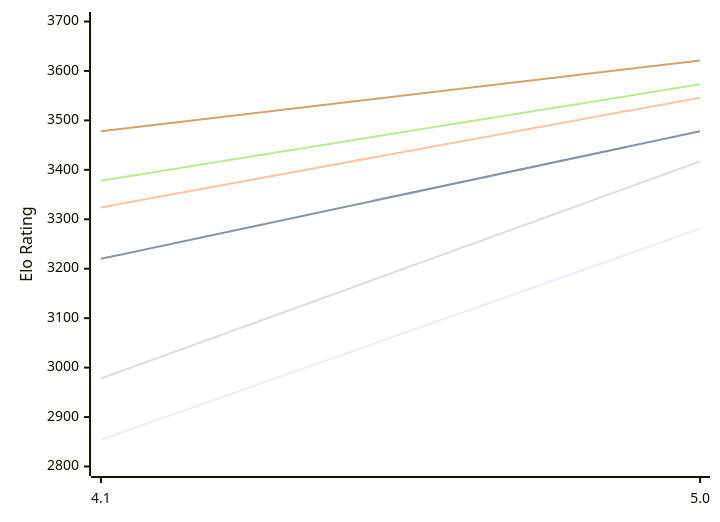
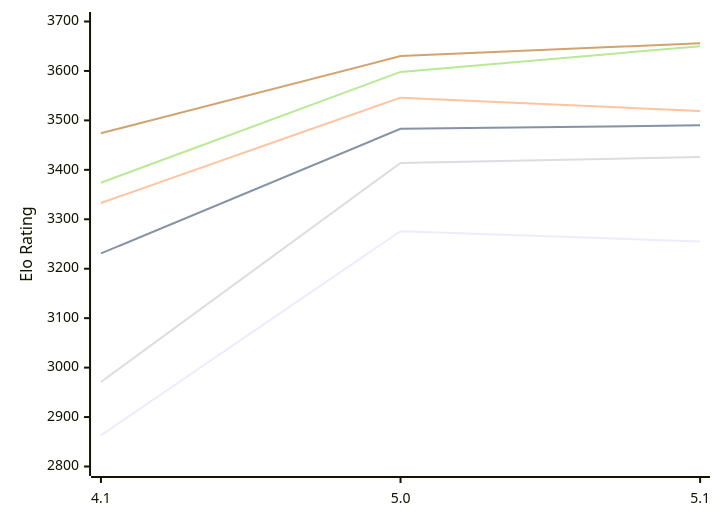
The diagram in engines/NarcNext.md (computer-chess-index/cci), drawn with Mermaid before and after one commit. The commit also changed other lines of this file, not shown here.

Commit message:
Update CCI Ratings (ELO VLTC) - 2026-11-06

````diff
--- a/engines/NarcNext.md
+++ b/engines/NarcNext.md
@@ -49,12 +51,12 @@
 ```mermaid
 %%{init: {"theme":"base","themeVariables":{"seriesColors:['#a3a3a3','#222221','#faa371']}}}%%
 xychart-beta
-  x-axis ["4.1", "5.0"]
+  x-axis ["4.1", "5.0", "5.1"]
   y-axis "Elo Rating" 2800 --> 3700
-  line "E1: STC (8.0+0.08s)" [2854, 3281]
-  line "E1: LTC (60.0+0.60s)" [3220, 3478]
-  line "E1: VLTC (2m24s+1.12s)" [3324, 3546]
-  line "P1: STC (8.0+0.08s)" [2978, 3417]
-  line "P1: LTC (60.0+0.60s)" [3378, 3573]
-  line "P1: VLTC (2m24s+1.12s)" [3478, 3621]
+  line "E1: STC (8.0+0.08s)" [2863, 3276, 3255]
+  line "E1: LTC (60.0+0.60s)" [3231, 3483, 3490]
+  line "E1: VLTC (2m24s+1.12s)" [3333, 3546, 3519]
+  line "P1: STC (8.0+0.08s)" [2971, 3414, 3426]
+  line "P1: LTC (60.0+0.60s)" [3374, 3598, 3650]
+  line "P1: VLTC (2m24s+1.12s)" [3474, 3630, 3656]
 ```
````
